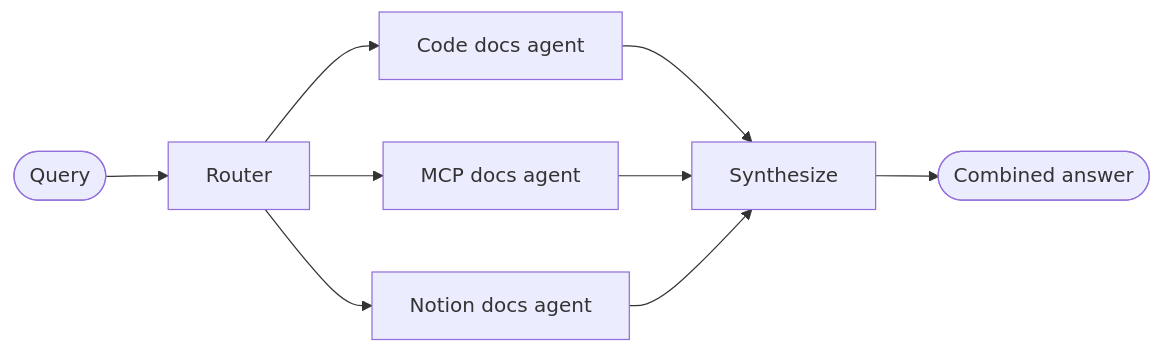
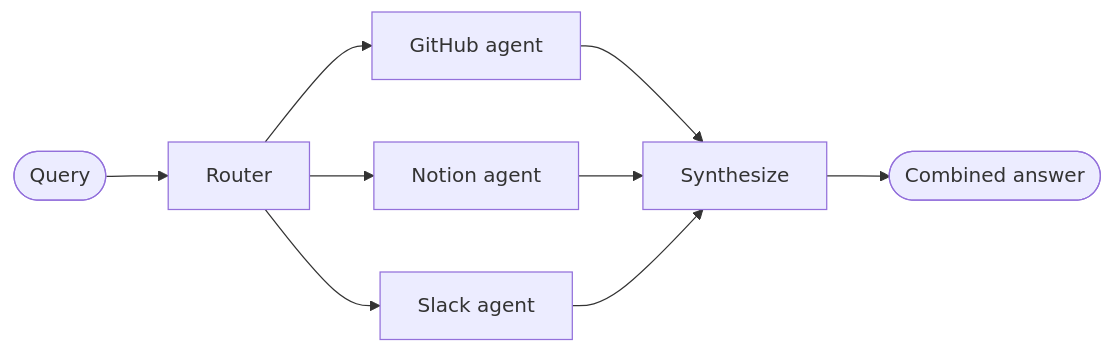
The seventh of 9 diagrams in src/oss/langchain/multi-agent.mdx (langchain-ai/docs), drawn with Mermaid before and after one commit. The commit also changed other lines of this file, not shown here.

````diff
--- a/src/oss/langchain/multi-agent.mdx
+++ b/src/oss/langchain/multi-agent.mdx
@@ -808,11 +836,11 @@
 ```mermaid
 graph LR
     A([Query]) --> B[Router]
-    B --> C[Code docs agent]
-    B --> D[MCP docs agent]
-    B --> E[Notion docs agent]
+    B --> C[GitHub agent]
+    B --> D[Notion agent]
+    B --> E[Slack agent]
     C --> F[Synthesize]
     D --> F
     E --> F
     F --> G([Combined answer])
 ```
````
